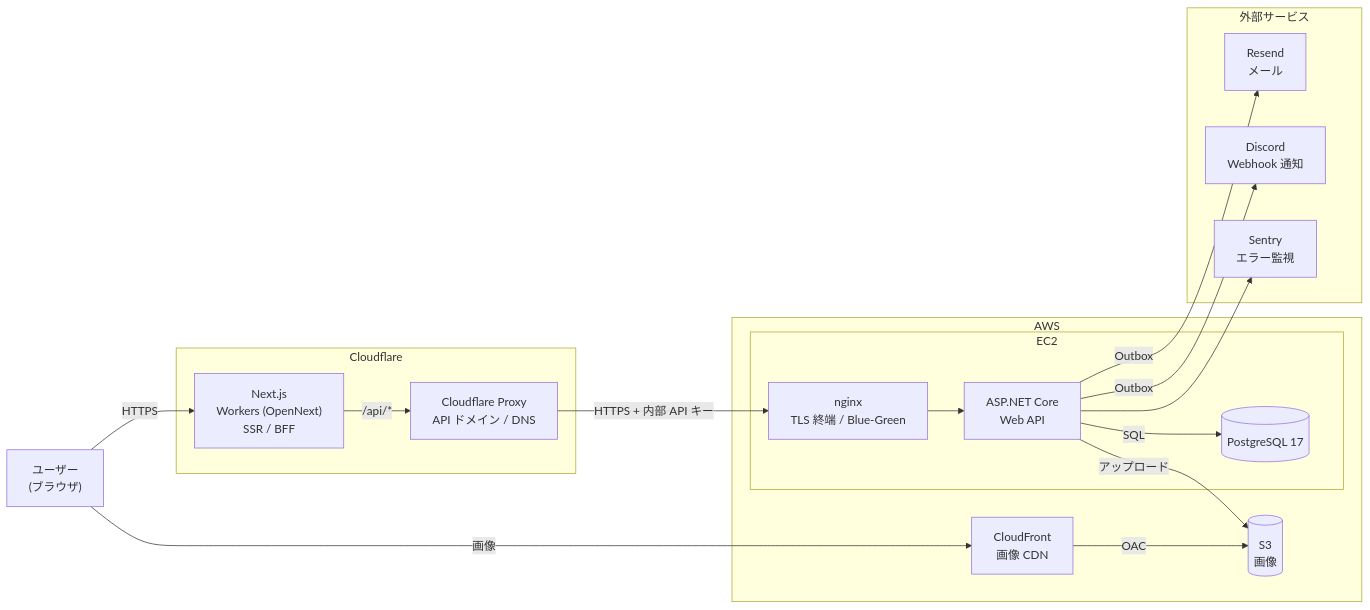
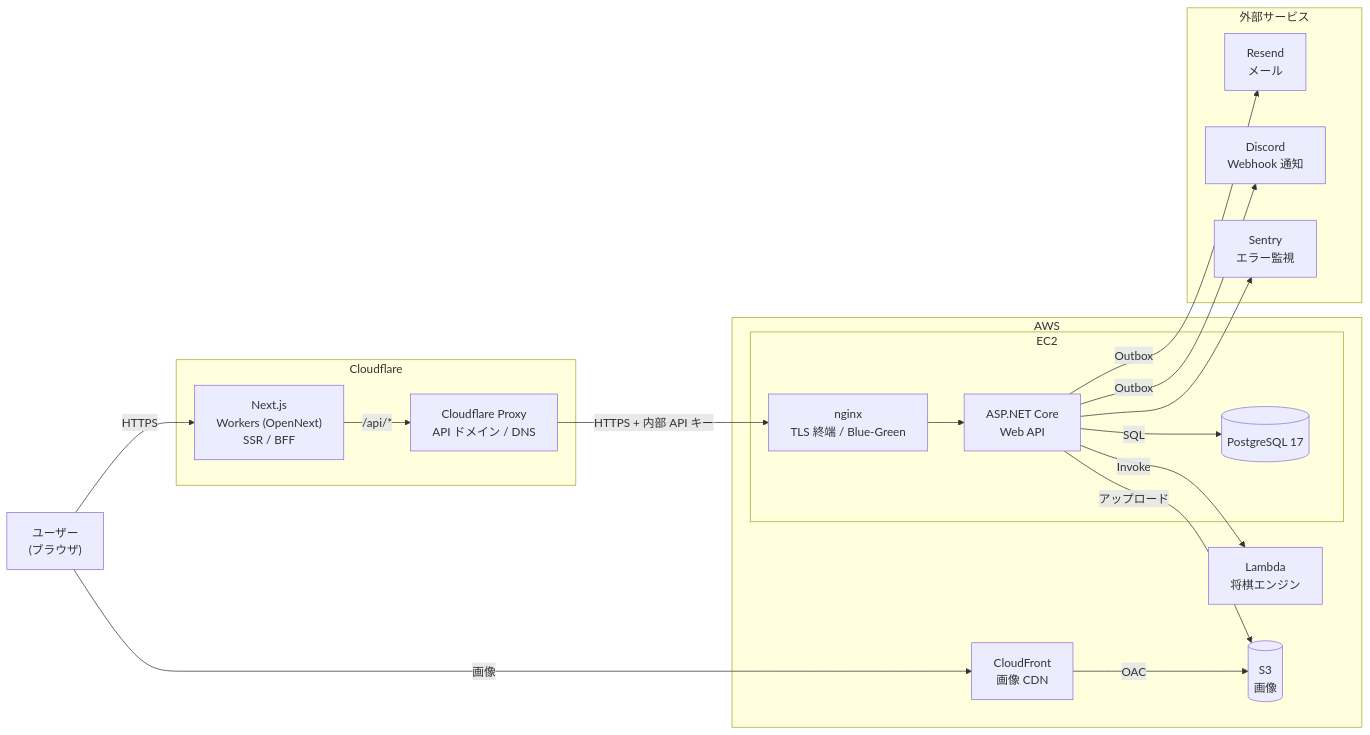
Before and after one commit to doguto/nari-note: the diagram in AGENTS.md, drawn with Mermaid. The commit also changed other lines of this file and 3 other files, not shown here.

````diff
--- a/AGENTS.md
+++ b/AGENTS.md
@@ -46,37 +47,39 @@
 ```mermaid
 flowchart LR
     user["ユーザー<br/>(ブラウザ)"]
 
     subgraph cf["Cloudflare"]
         next["Next.js<br/>Workers (OpenNext)<br/>SSR / BFF"]
         proxy["Cloudflare Proxy<br/>API ドメイン / DNS"]
     end
 
     subgraph aws["AWS"]
         subgraph ec2["EC2"]
             nginx["nginx<br/>TLS 終端 / Blue-Green"]
             api["ASP.NET Core<br/>Web API"]
             db[("PostgreSQL 17")]
         end
         cfront["CloudFront<br/>画像 CDN"]
+        engine["Lambda<br/>将棋エンジン"]
         s3img[("S3<br/>画像")]
     end
 
     subgraph ext["外部サービス"]
         resend["Resend<br/>メール"]
         discord["Discord<br/>Webhook 通知"]
         sentry["Sentry<br/>エラー監視"]
     end
 
     user -->|HTTPS| next
     next -->|"/api/*"| proxy
     proxy -->|"HTTPS + 内部 API キー"| nginx
     nginx --> api
     api -->|SQL| db
     api -->|アップロード| s3img
+    api -->|Invoke| engine
     user -->|画像| cfront
     cfront -->|OAC| s3img
     api -->|Outbox| resend
     api -->|Outbox| discord
     api --> sentry
 ```
````
